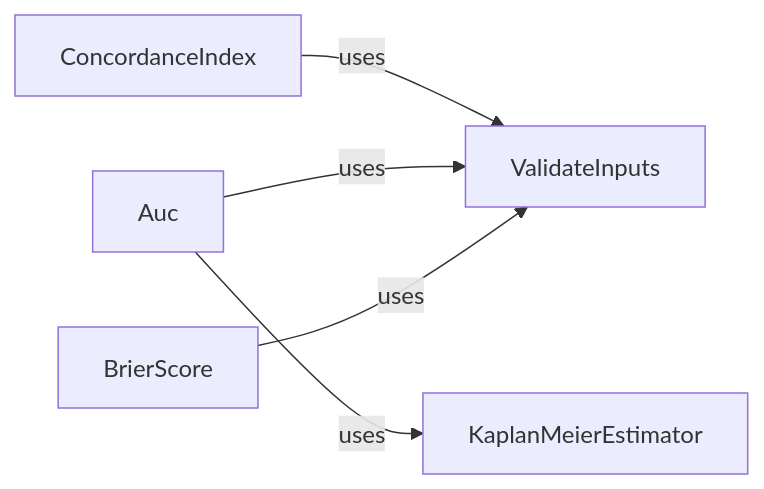
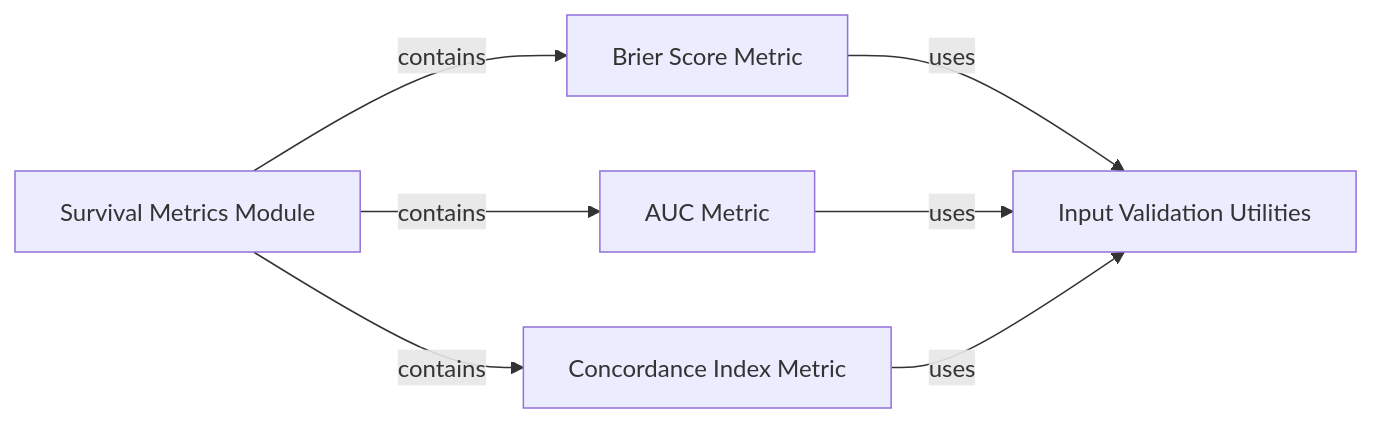
One commit to CodeBoarding/GeneratedOnBoardings changed the diagram in torchsurv/Survival_Metrics.md. Above: the diagram before and after it, drawn with Mermaid. The commit also changed other lines of this file and 39 other files, not shown here.

````diff
--- a/torchsurv/Survival_Metrics.md
+++ b/torchsurv/Survival_Metrics.md
@@ -1,17 +1,18 @@
 ```mermaid
 graph LR
-    ConcordanceIndex["ConcordanceIndex"]
-    Auc["Auc"]
-    BrierScore["BrierScore"]
-    ValidateInputs["ValidateInputs"]
-    KaplanMeierEstimator["KaplanMeierEstimator"]
-    ConcordanceIndex -- "uses" --> ValidateInputs
-    Auc -- "uses" --> ValidateInputs
-    Auc -- "uses" --> KaplanMeierEstimator
-    BrierScore -- "uses" --> ValidateInputs
-    click ConcordanceIndex href "https://github.com/CodeBoarding/GeneratedOnBoardings/blob/main/torchsurv/ConcordanceIndex.md" "Details"
-    click Auc href "https://github.com/CodeBoarding/GeneratedOnBoardings/blob/main/torchsurv/Auc.md" "Details"
-    click BrierScore href "https://github.com/CodeBoarding/GeneratedOnBoardings/blob/main/torchsurv/BrierScore.md" "Details"
-    click ValidateInputs href "https://github.com/CodeBoarding/GeneratedOnBoardings/blob/main/torchsurv/ValidateInputs.md" "Details"
-    click KaplanMeierEstimator href "https://github.com/CodeBoarding/GeneratedOnBoardings/blob/main/torchsurv/KaplanMeierEstimator.md" "Details"
+    Survival_Metrics_Module["Survival Metrics Module"]
+    Brier_Score_Metric["Brier Score Metric"]
+    AUC_Metric["AUC Metric"]
+    Concordance_Index_Metric["Concordance Index Metric"]
+    Input_Validation_Utilities["Input Validation Utilities"]
+    Survival_Metrics_Module -- "contains" --> Brier_Score_Metric
+    Survival_Metrics_Module -- "contains" --> AUC_Metric
+    Survival_Metrics_Module -- "contains" --> Concordance_Index_Metric
+    Brier_Score_Metric -- "uses" --> Input_Validation_Utilities
+    AUC_Metric -- "uses" --> Input_Validation_Utilities
+    Concordance_Index_Metric -- "uses" --> Input_Validation_Utilities
+    click Survival_Metrics_Module href "https://github.com/CodeBoarding/GeneratedOnBoardings/blob/main/torchsurv/Survival_Metrics_Module.md" "Details"
+    click Brier_Score_Metric href "https://github.com/CodeBoarding/GeneratedOnBoardings/blob/main/torchsurv/Brier_Score_Metric.md" "Details"
+    click AUC_Metric href "https://github.com/CodeBoarding/GeneratedOnBoardings/blob/main/torchsurv/AUC_Metric.md" "Details"
+    click Concordance_Index_Metric href "https://github.com/CodeBoarding/GeneratedOnBoardings/blob/main/torchsurv/Concordance_Index_Metric.md" "Details"
 ```
````
